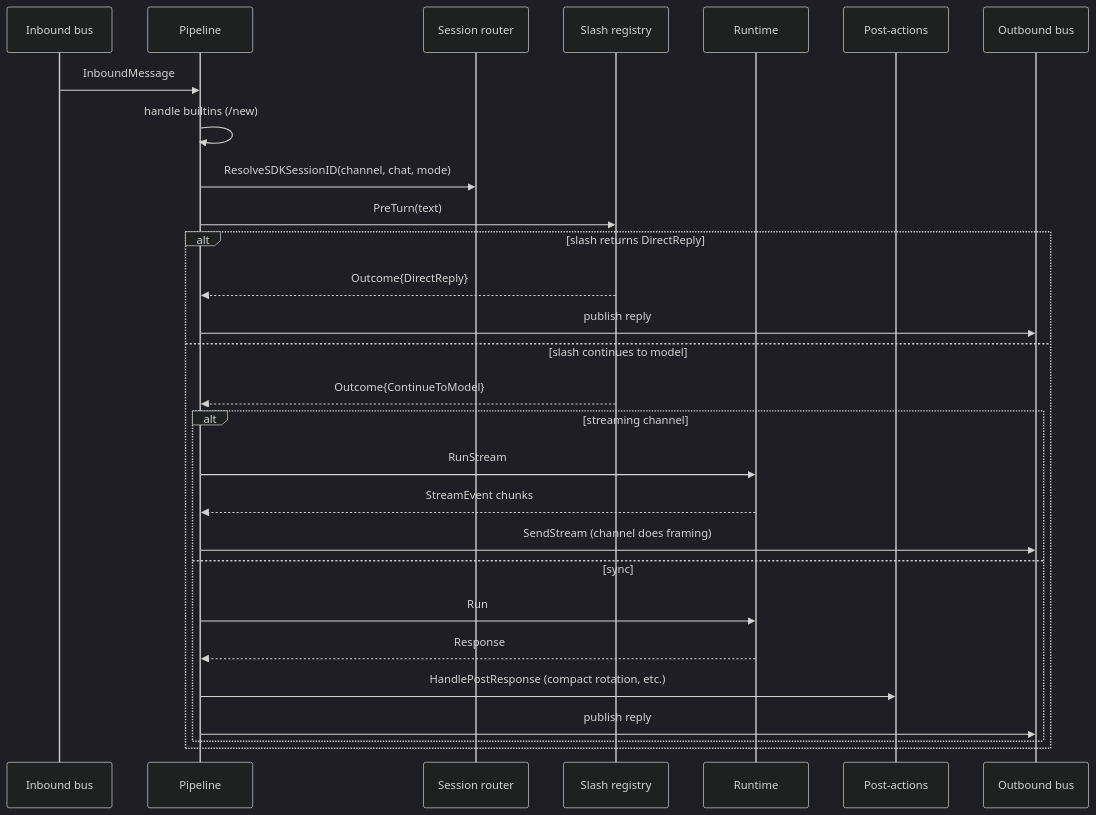
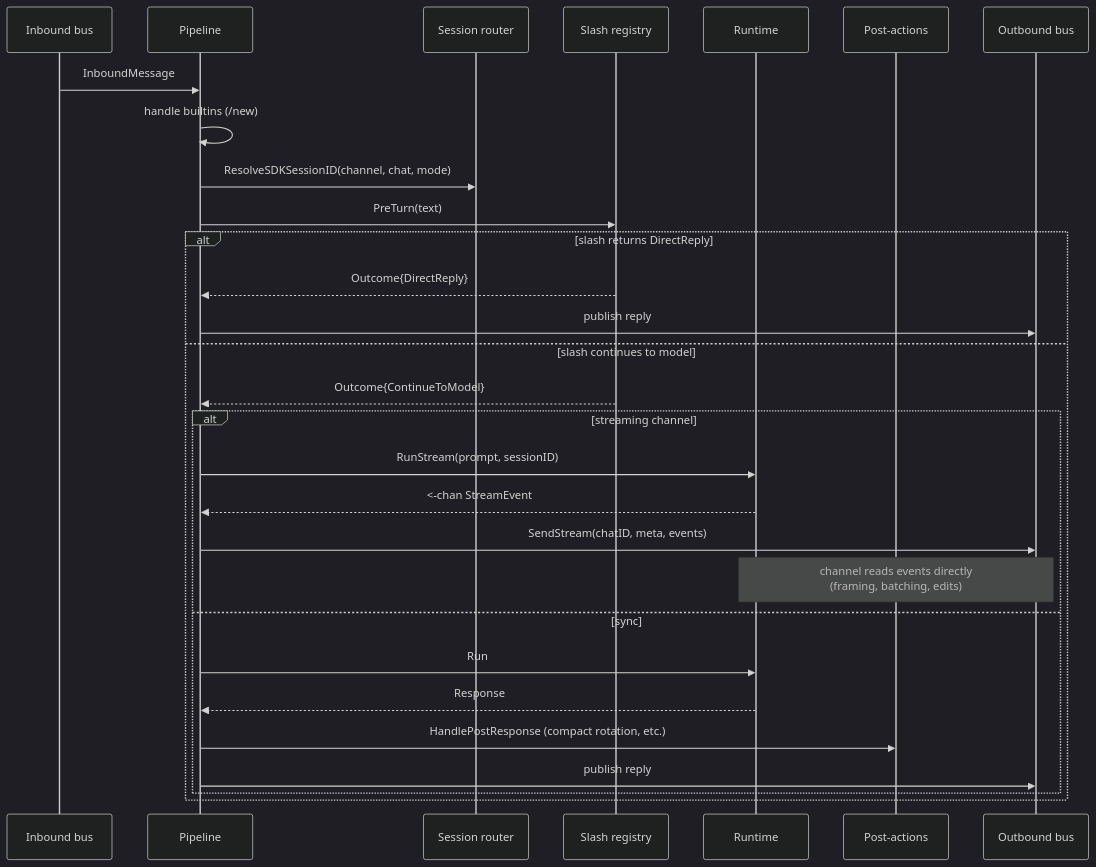
The diagram in docs/concepts/pipeline.md (ageneralai/maven), drawn with Mermaid (dark theme) before and after one commit. The commit also changed 3 other files, not shown here.

First line of the commit message:
docs: refine architecture and pipeline documentation

````diff
--- a/docs/concepts/pipeline.md
+++ b/docs/concepts/pipeline.md
@@ -23,30 +23,31 @@
 ```mermaid
 sequenceDiagram
     participant Bus as Inbound bus
     participant P as Pipeline
     participant Sess as Session router
     participant Slash as Slash registry
     participant RT as Runtime
     participant Post as Post-actions
     participant Out as Outbound bus
     Bus->>P: InboundMessage
     P->>P: handle builtins (/new)
     P->>Sess: ResolveSDKSessionID(channel, chat, mode)
     P->>Slash: PreTurn(text)
     alt slash returns DirectReply
         Slash-->>P: Outcome{DirectReply}
         P->>Out: publish reply
     else slash continues to model
         Slash-->>P: Outcome{ContinueToModel}
         alt streaming channel
-            P->>RT: RunStream
-            RT-->>P: StreamEvent chunks
-            P->>Out: SendStream (channel does framing)
+            P->>RT: RunStream(prompt, sessionID)
+            RT-->>P: <-chan StreamEvent
+            P->>Out: SendStream(chatID, meta, events)
+            Note over Out,RT: channel reads events directly<br/>(framing, batching, edits)
         else sync
             P->>RT: Run
             RT-->>P: Response
             P->>Post: HandlePostResponse (compact rotation, etc.)
             P->>Out: publish reply
         end
     end
 ```
````
